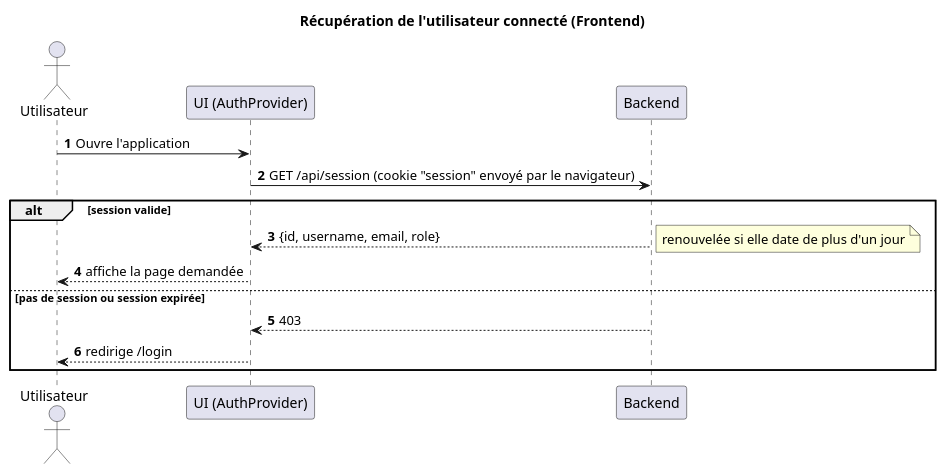
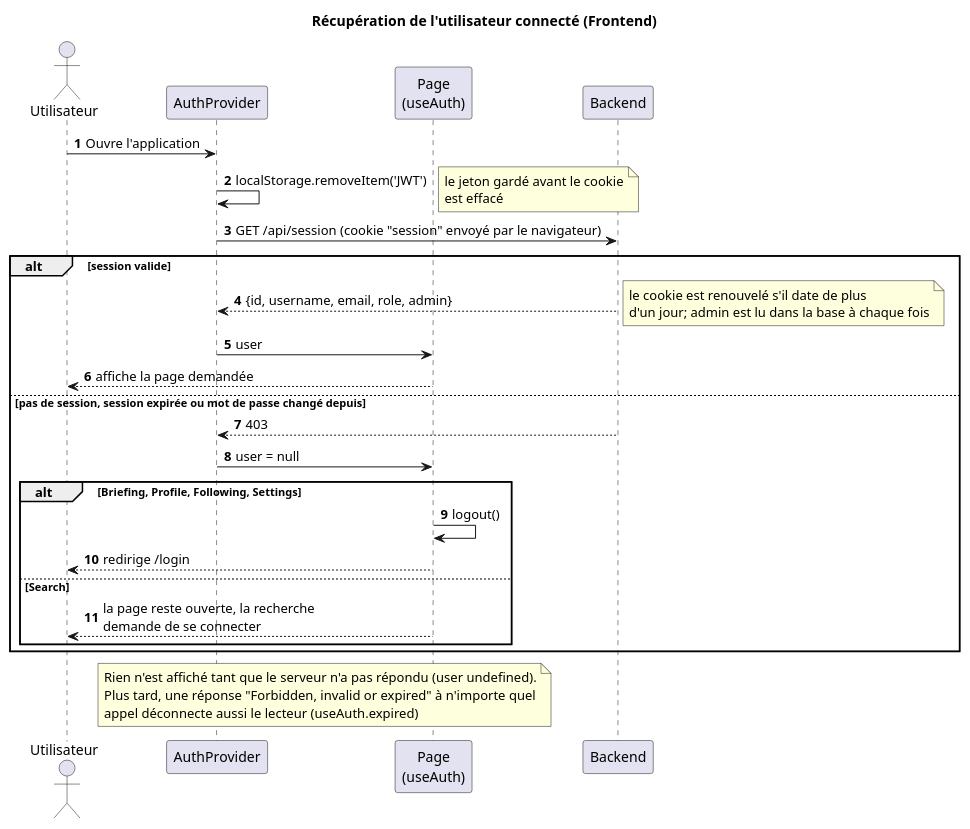
The diagram in docs/UML/login_get_user-sequence-diagram.puml (TPI2026-NewsGenerator/NewsGenerator-Frontend), drawn with PlantUML before and after one commit. The commit also changed other lines of this file and 35 other files, not shown here.

First line of the commit message:
Bring the README, the use cases and the client's diagrams up to date

```diff
--- a/docs/UML/login_get_user-sequence-diagram.puml
+++ b/docs/UML/login_get_user-sequence-diagram.puml
@@ -1,20 +3,35 @@
 @startuml
 title Récupération de l'utilisateur connecté (Frontend)
 autonumber
 
 actor "Utilisateur" as User
-participant "UI (AuthProvider)" as UI
+participant "AuthProvider" as UI
+participant "Page\n(useAuth)" as Page
 participant "Backend" as BE
 
 User -> UI : Ouvre l'application
+UI -> UI : localStorage.removeItem('JWT')
+note right : le jeton gardé avant le cookie\nest effacé
 UI -> BE : GET /api/session (cookie "session" envoyé par le navigateur)
 alt session valide
-    BE --> UI : {id, username, email, role}
-    note right : renouvelée si elle date de plus d'un jour
-    UI --> User : affiche la page demandée
-else pas de session ou session expirée
+    BE --> UI : {id, username, email, role, admin}
+    note right : le cookie est renouvelé s'il date de plus\nd'un jour; admin est lu dans la base à chaque fois
+    UI -> Page : user
+    Page --> User : affiche la page demandée
+else pas de session, session expirée ou mot de passe changé depuis
     BE --> UI : 403
-    UI --> User : redirige /login
+    UI -> Page : user = null
+    alt Briefing, Profile, Following, Settings
+        Page -> Page : logout()
+        Page --> User : redirige /login
+    else Search
+        Page --> User : la page reste ouverte, la recherche\ndemande de se connecter
+    end
 end
+note over UI, Page
+    Rien n'est affiché tant que le serveur n'a pas répondu (user undefined).
+    Plus tard, une réponse "Forbidden, invalid or expired" à n'importe quel
+    appel déconnecte aussi le lecteur (useAuth.expired)
+end note
 
 @enduml
```
